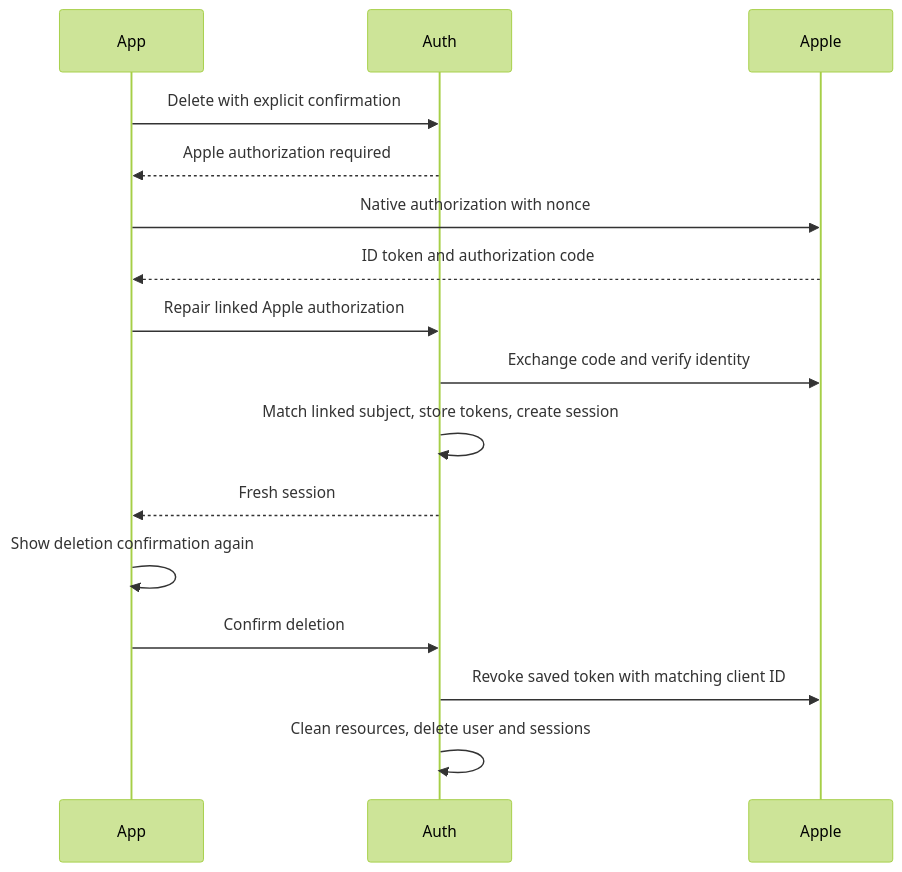
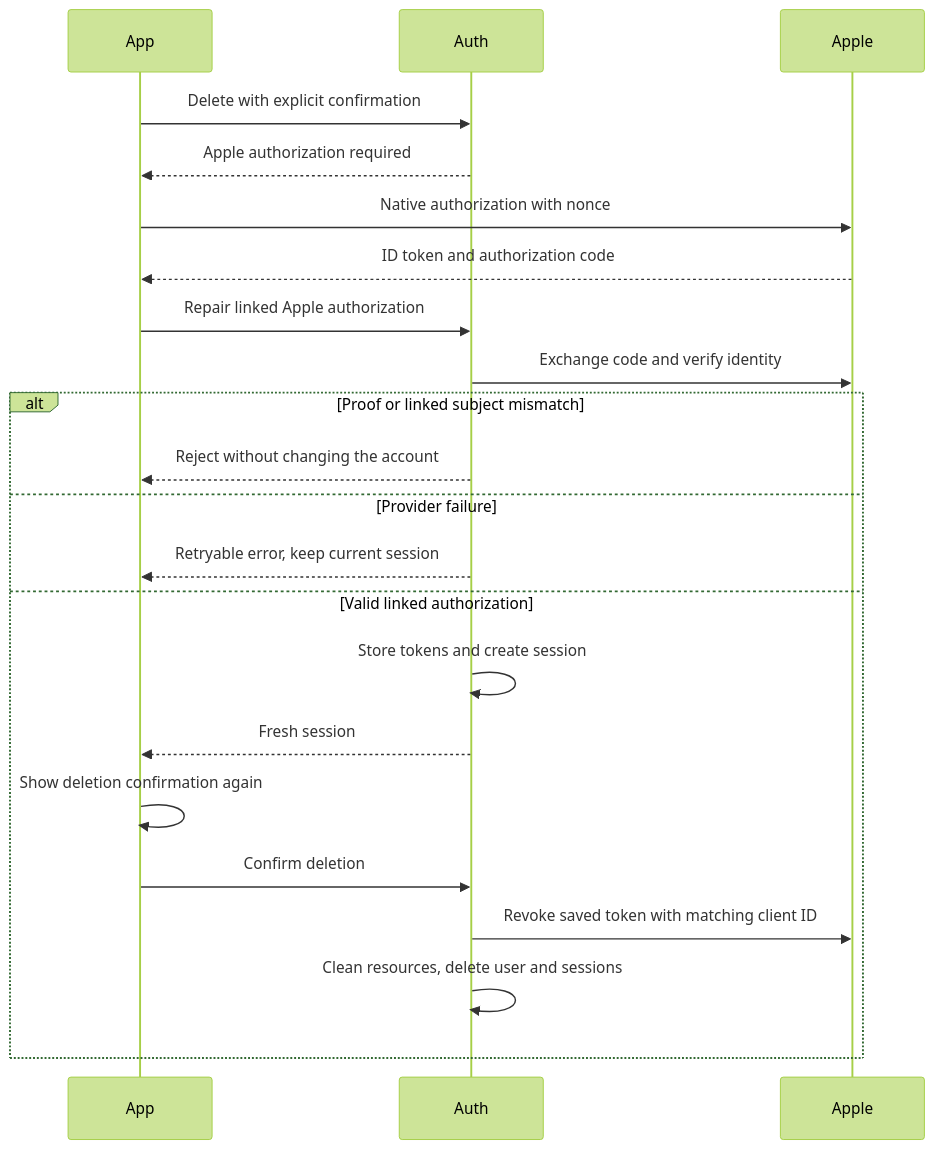
The third of 3 diagrams in server/docs/ai/adr/2026-10-15-native-apple-revocation.md (moeru-ai/airi), drawn with Mermaid (forest theme) before and after one commit. The commit also changed other lines of this file and 2 other files, not shown here.

Commit message:
fix(auth): align Apple response validation and review documentation

````diff
--- a/server/docs/ai/adr/2026-10-15-native-apple-revocation.md
+++ b/server/docs/ai/adr/2026-10-15-native-apple-revocation.md
@@ -53,18 +70,24 @@
 ```mermaid
 sequenceDiagram
   participant App
   participant Auth
   participant Apple
   App->>Auth: Delete with explicit confirmation
   Auth-->>App: Apple authorization required
   App->>Apple: Native authorization with nonce
   Apple-->>App: ID token and authorization code
   App->>Auth: Repair linked Apple authorization
   Auth->>Apple: Exchange code and verify identity
-  Auth->>Auth: Match linked subject, store tokens, create session
-  Auth-->>App: Fresh session
-  App->>App: Show deletion confirmation again
-  App->>Auth: Confirm deletion
-  Auth->>Apple: Revoke saved token with matching client ID
-  Auth->>Auth: Clean resources, delete user and sessions
+  alt Proof or linked subject mismatch
+    Auth-->>App: Reject without changing the account
+  else Provider failure
+    Auth-->>App: Retryable error, keep current session
+  else Valid linked authorization
+    Auth->>Auth: Store tokens and create session
+    Auth-->>App: Fresh session
+    App->>App: Show deletion confirmation again
+    App->>Auth: Confirm deletion
+    Auth->>Apple: Revoke saved token with matching client ID
+    Auth->>Auth: Clean resources, delete user and sessions
+  end
 ```
````
